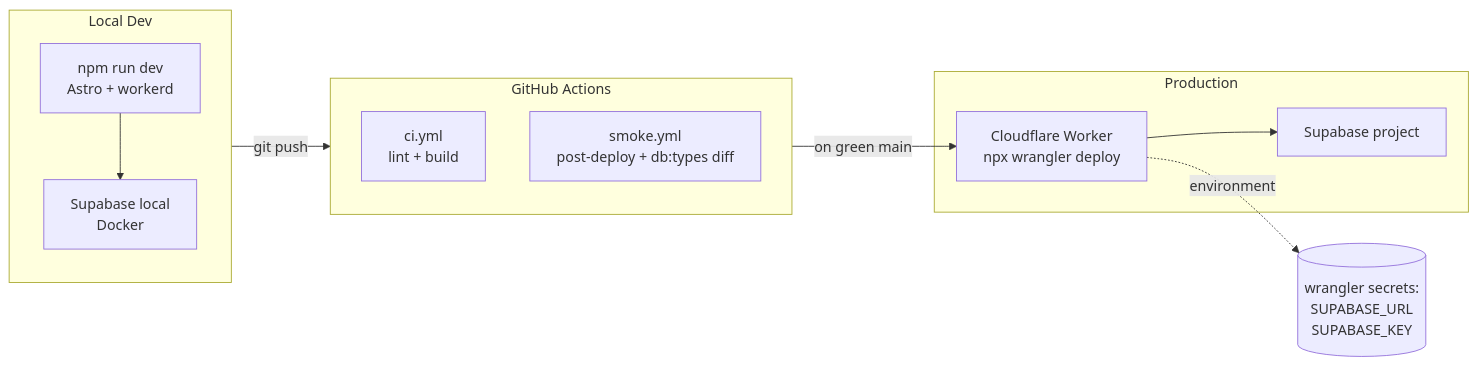
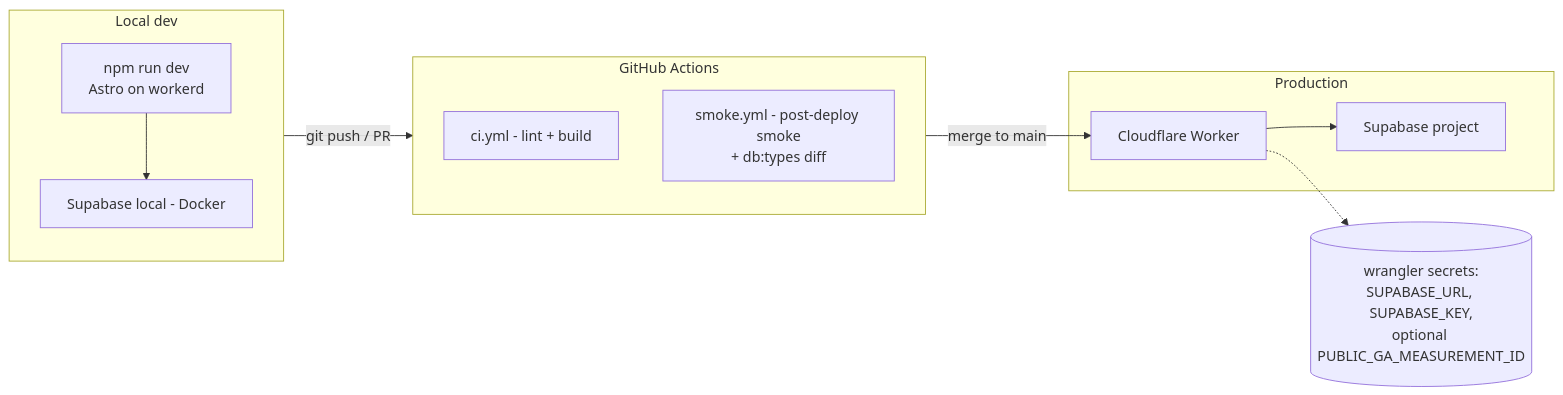
Before and after one commit to plpabla/pomosapiens: the ninth of 9 diagrams in context/foundation/arch.md, drawn with Mermaid. The commit also changed other lines of this file, not shown here.

````diff
--- a/context/foundation/arch.md
+++ b/context/foundation/arch.md
@@ -456,23 +511,23 @@
 ```mermaid
 flowchart LR
-    subgraph dev[Local Dev]
-        VITE[npm run dev<br/>Astro + workerd]
-        SUPA_LOC[Supabase local<br/>Docker]
+    subgraph dev[Local dev]
+        VITE[npm run dev<br/>Astro on workerd]
+        SUPA_LOC[Supabase local - Docker]
         VITE --> SUPA_LOC
     end
 
     subgraph ci[GitHub Actions]
-        CI[ci.yml<br/>lint + build]
-        SMOKE[smoke.yml<br/>post-deploy + db:types diff]
+        CI[ci.yml - lint + build]
+        SMOKE[smoke.yml - post-deploy smoke<br/>+ db:types diff]
     end
 
     subgraph prod[Production]
-        CFW[Cloudflare Worker<br/>npx wrangler deploy]
+        CFW[Cloudflare Worker]
         SUPA_PROD[Supabase project]
         CFW --> SUPA_PROD
     end
 
-    dev -- git push --> ci
-    ci -- on green main --> CFW
-    CFW -. environment .-> SECRETS[(wrangler secrets:<br/>SUPABASE_URL<br/>SUPABASE_KEY)]
+    dev -- git push / PR --> ci
+    ci -- merge to main --> CFW
+    CFW -.-> SECRETS[(wrangler secrets:<br/>SUPABASE_URL, SUPABASE_KEY,<br/>optional PUBLIC_GA_MEASUREMENT_ID)]
 ```
````
